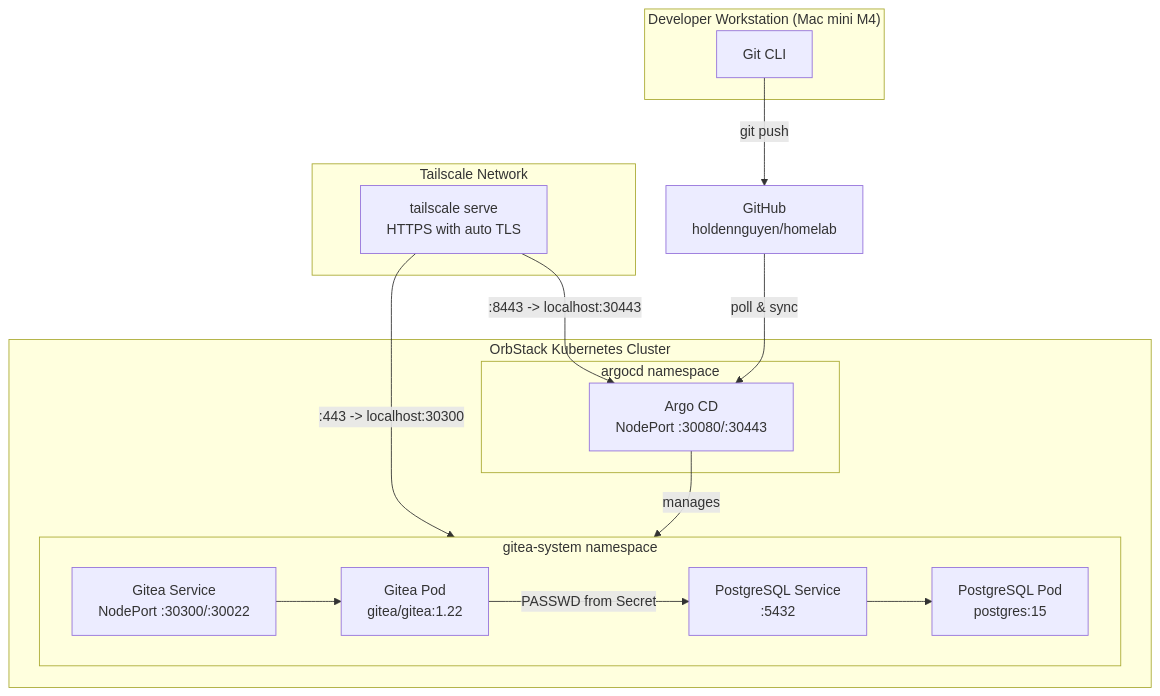
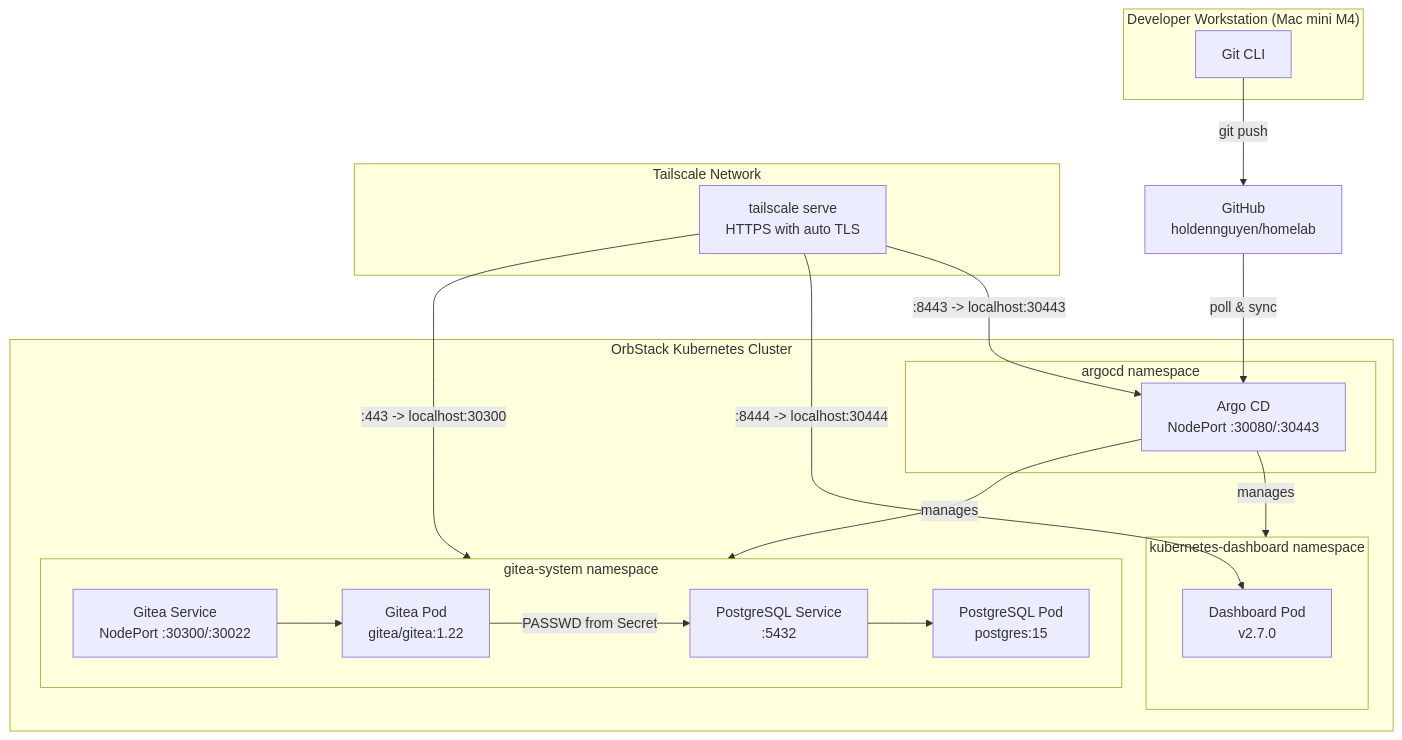
The first of 2 diagrams in README.md (haingth77/homelab), drawn with Mermaid before and after one commit. The commit also changed other lines of this file and 3 other files, not shown here.

First line of the commit message:
docs: add Kubernetes Dashboard documentation and update all refs

````diff
--- a/README.md
+++ b/README.md
@@ -7,35 +7,41 @@
 ```mermaid
 flowchart TD
     subgraph dev["Developer Workstation (Mac mini M4)"]
         Git["Git CLI"]
     end
 
     GitHub["GitHub\nholdennguyen/homelab"]
 
     subgraph tailnet["Tailscale Network"]
         TServe["tailscale serve\nHTTPS with auto TLS"]
     end
 
     subgraph orb["OrbStack Kubernetes Cluster"]
         subgraph argocdNs["argocd namespace"]
             ArgoCD["Argo CD\nNodePort :30080/:30443"]
         end
 
         subgraph giteaNs["gitea-system namespace"]
             direction LR
             GiteaPod["Gitea Pod\ngitea/gitea:1.22"]
             PostgresPod["PostgreSQL Pod\npostgres:15"]
             GiteaSvc["Gitea Service\nNodePort :30300/:30022"]
             PostgresSvc["PostgreSQL Service\n:5432"]
         end
+
+        subgraph dashNs["kubernetes-dashboard namespace"]
+            DashPod["Dashboard Pod\nv2.7.0"]
+        end
     end
 
     Git -- "git push" --> GitHub
     GitHub -- "poll & sync" --> ArgoCD
     ArgoCD -- "manages" --> giteaNs
+    ArgoCD -- "manages" --> dashNs
     TServe -- ":443 -> localhost:30300" --> GiteaSvc
     TServe -- ":8443 -> localhost:30443" --> ArgoCD
+    TServe -- ":8444 -> localhost:30444" --> DashPod
     GiteaSvc --> GiteaPod
     GiteaPod -- "PASSWD from Secret" --> PostgresSvc
     PostgresSvc --> PostgresPod
 ```
````
